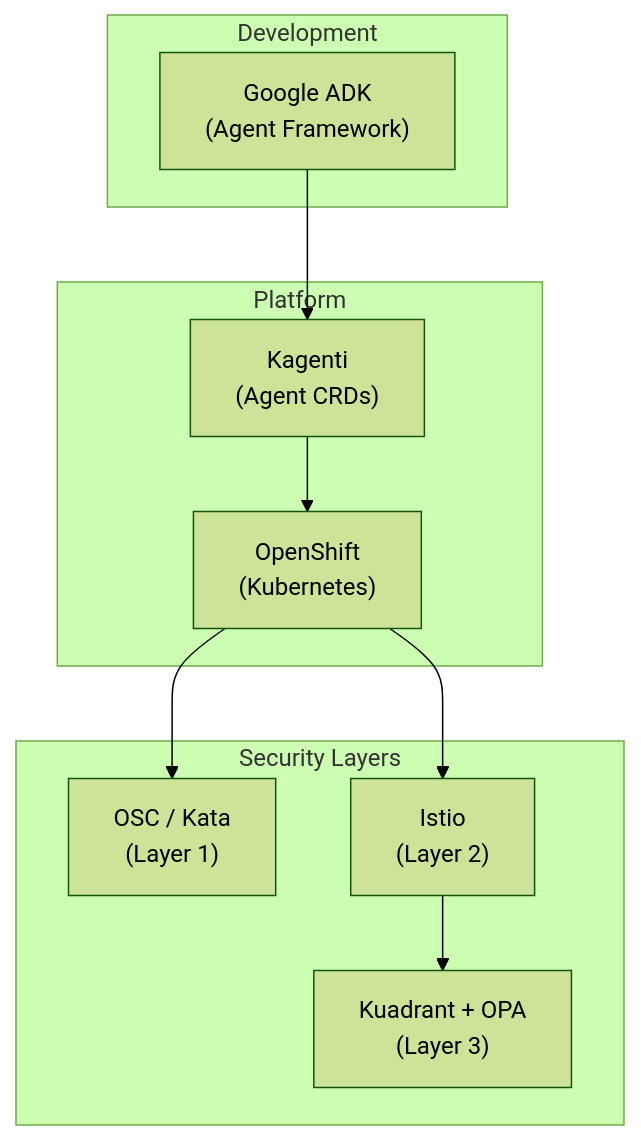
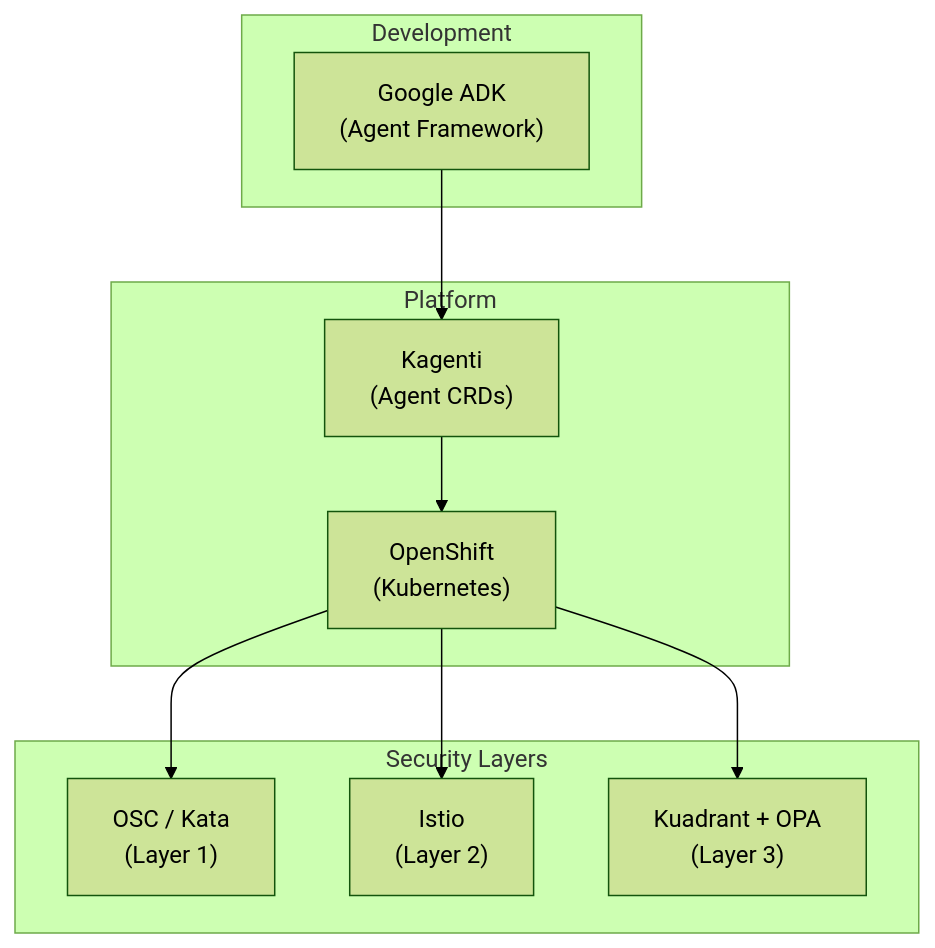
The second of 3 diagrams in docs/workshop/01-foundations/04-technology-stack.md (rrbanda/agent-sandbox-ocp), drawn with Mermaid (forest theme) before and after one commit. The commit also changed other lines of this file and 44 other files, not shown here.

````diff
--- a/docs/workshop/01-foundations/04-technology-stack.md
+++ b/docs/workshop/01-foundations/04-technology-stack.md
@@ -7,23 +70,23 @@
 ```mermaid
 flowchart TB
     subgraph Development["Development"]
         ADK["Google ADK<br/>(Agent Framework)"]
     end
     
     subgraph Platform["Platform"]
         Kagenti["Kagenti<br/>(Agent CRDs)"]
         OCP["OpenShift<br/>(Kubernetes)"]
     end
     
     subgraph Security["Security Layers"]
         OSC["OSC / Kata<br/>(Layer 1)"]
         Istio["Istio<br/>(Layer 2)"]
         Kuadrant["Kuadrant + OPA<br/>(Layer 3)"]
     end
     
     ADK --> Kagenti
     Kagenti --> OCP
     OCP --> OSC
     OCP --> Istio
-    Istio --> Kuadrant
+    OCP --> Kuadrant
 ```
````
